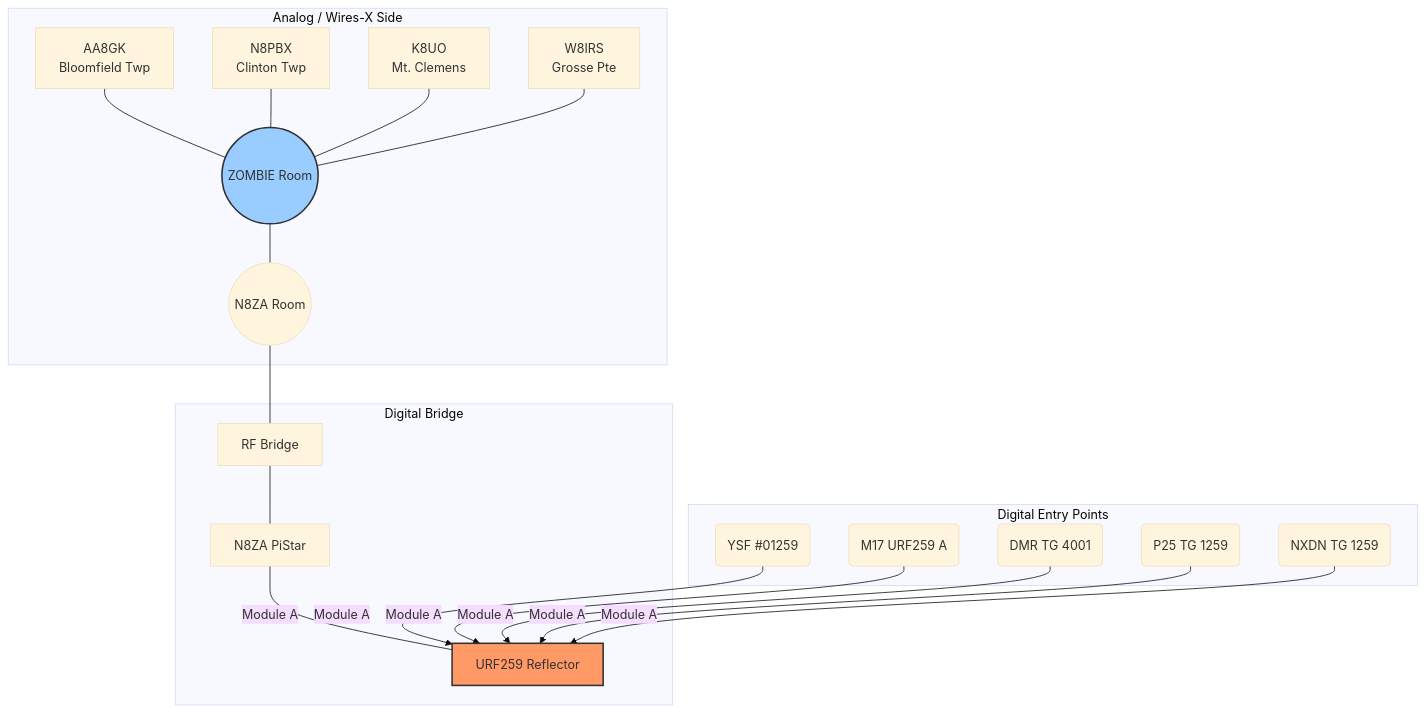
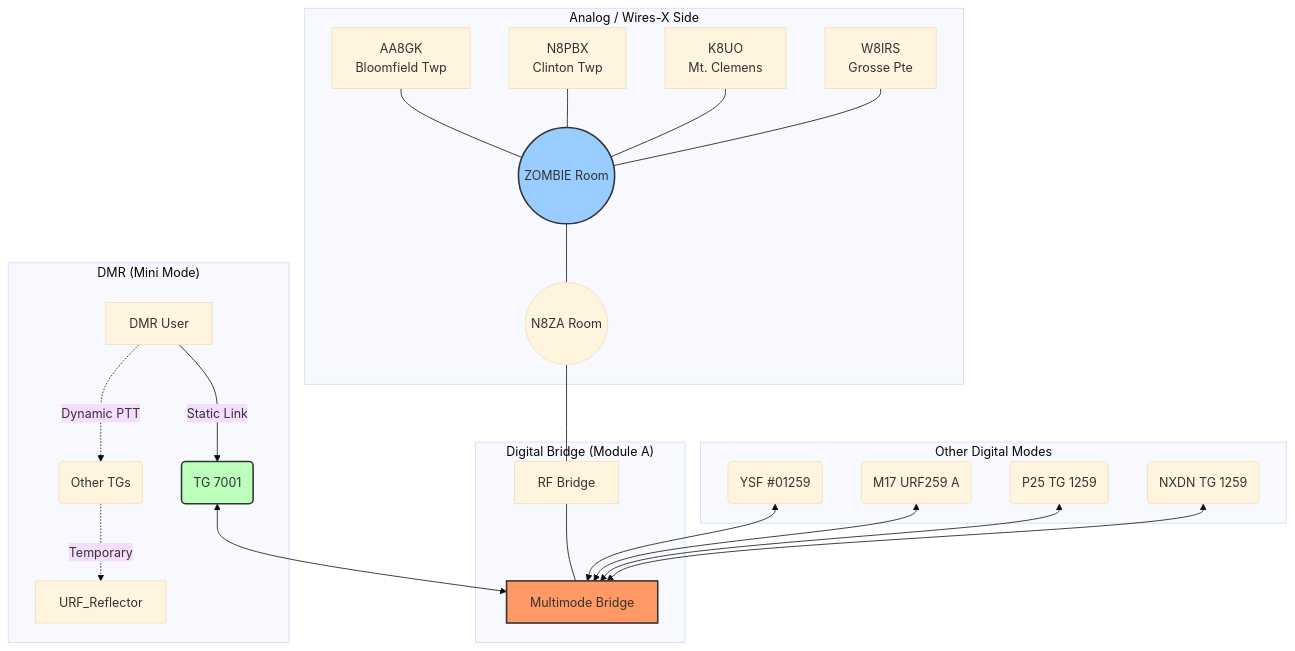
The diagram in docs/general/urf259.md (dbehnke/whocaresdocs), drawn with Mermaid (base theme) before and after one commit. The commit also changed other lines of this file, not shown here.

Commit message:
docs: update for minidmr

````diff
--- a/docs/general/urf259.md
+++ b/docs/general/urf259.md
@@ -43,28 +45,34 @@
 ```mermaid
 graph TD
     subgraph "Analog / Wires-X Side"
     AA8GK[AA8GK<br/>Bloomfield Twp] --- ZOMBIE((ZOMBIE Room))
     N8PBX[N8PBX<br/>Clinton Twp] --- ZOMBIE
     K8UO[K8UO<br/>Mt. Clemens] --- ZOMBIE
     W8IRS[W8IRS<br/>Grosse Pte] --- ZOMBIE
     
     ZOMBIE --- N8ZA_Room((N8ZA Room))
     end
 
-    subgraph "Digital Bridge"
+    subgraph "Digital Bridge (Module A)"
     N8ZA_Room --- RF_Bridge[RF Bridge]
-    RF_Bridge --- N8ZA_PiStar[N8ZA PiStar]
-    N8ZA_PiStar ---|Module A| URF259[URF259 Reflector]
+    RF_Bridge --- Match[Multimode Bridge]
     end
 
-    subgraph "Digital Entry Points"
-    YSF(YSF #01259) -->|Module A| URF259
-    M17(M17 URF259 A) -->|Module A| URF259
-    DMR(DMR TG 4001) -->|Module A| URF259
-    P25(P25 TG 1259) -->|Module A| URF259
-    NXDN(NXDN TG 1259) -->|Module A| URF259
+    subgraph "DMR (Mini Mode)"
+    DMR_User[DMR User] -->|Static Link| TG7001(TG 7001)
+    DMR_User -.->|Dynamic PTT| TG_Any(Other TGs)
+    TG7001 <--> Match
+    TG_Any -.->|Temporary| URF_Reflector
     end
 
-    style URF259 fill:#f96,stroke:#333,stroke-width:2px
+    subgraph "Other Digital Modes"
+    YSF(YSF #01259) <--> Match
+    M17(M17 URF259 A) <--> Match
+    P25(P25 TG 1259) <--> Match
+    NXDN(NXDN TG 1259) <--> Match
+    end
+
+    style Match fill:#f96,stroke:#333,stroke-width:2px
     style ZOMBIE fill:#9cf,stroke:#333,stroke-width:2px
+    style TG7001 fill:#bfb,stroke:#333,stroke-width:2px
 ```
````
